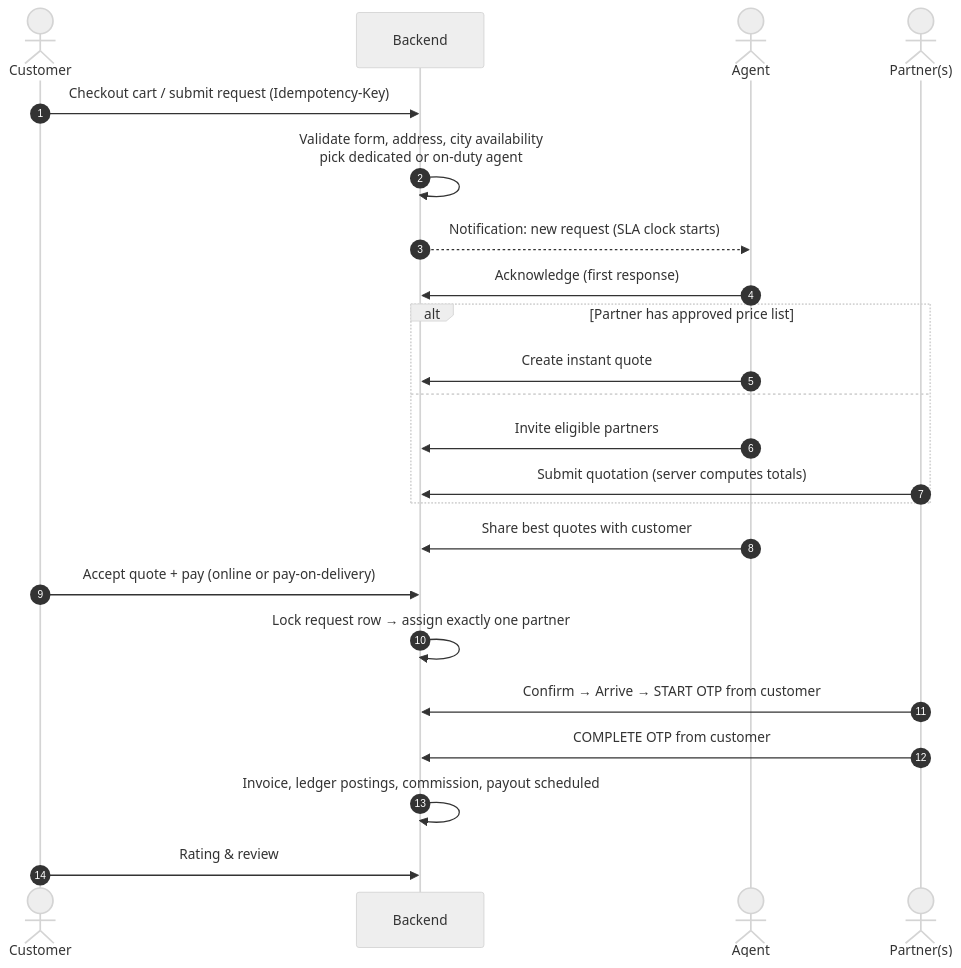
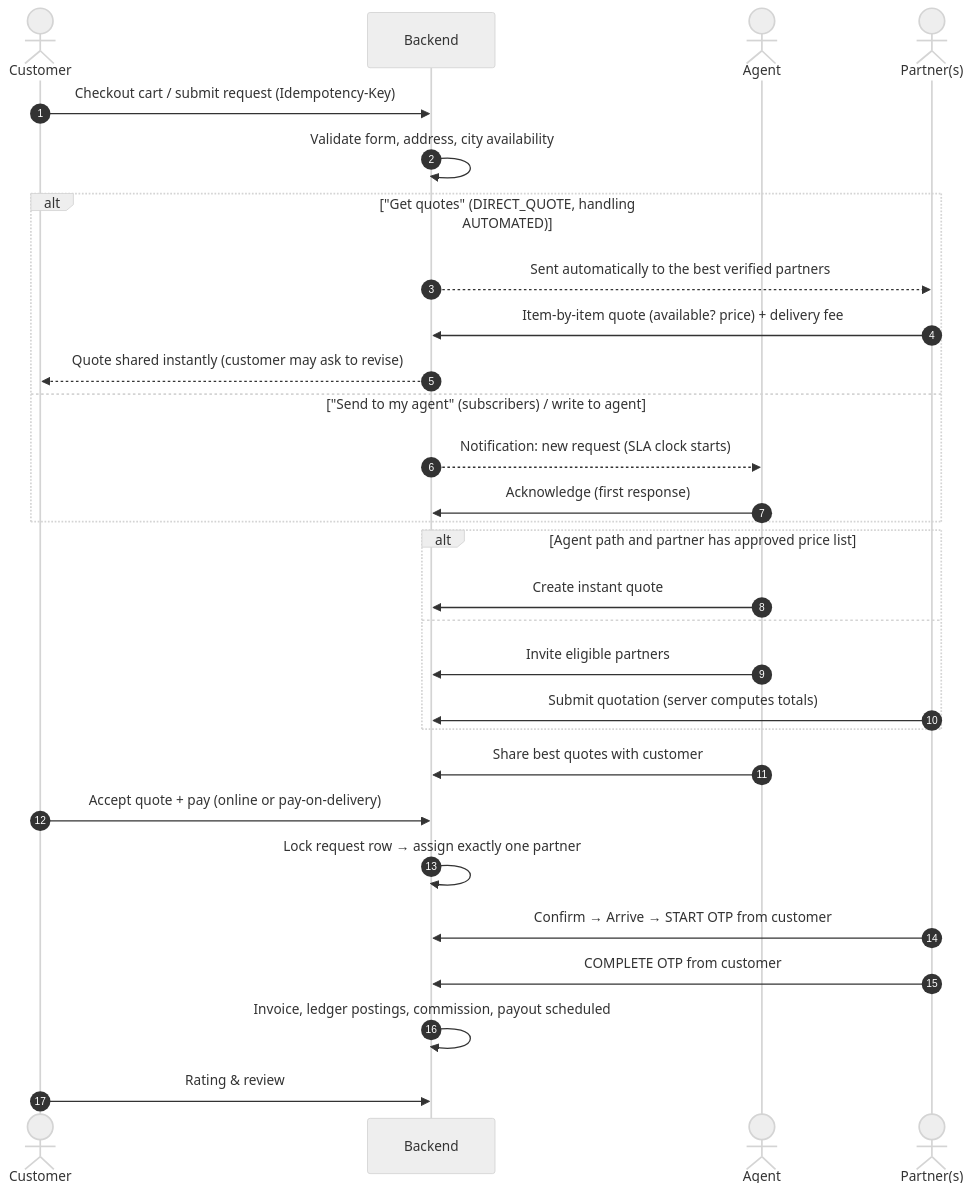
Before and after one commit to weetecnologias/BUZZER: the third of 7 diagrams in docs/architecture.md, drawn with Mermaid (neutral theme). The commit also changed other lines of this file and 29 other files, not shown here.

First line of the commit message:
Add automated "Get quotes" flow and agent inbox highlights

````diff
--- a/docs/architecture.md
+++ b/docs/architecture.md
@@ -92,25 +92,31 @@
 ```mermaid
 sequenceDiagram
     autonumber
     actor C as Customer
     participant API as Backend
     actor A as Agent
     actor P as Partner(s)
     C->>API: Checkout cart / submit request (Idempotency-Key)
-    API->>API: Validate form, address, city availability<br/>pick dedicated or on-duty agent
+    API->>API: Validate form, address, city availability
+    alt "Get quotes" (DIRECT_QUOTE, handling AUTOMATED)
+        API-->>P: Sent automatically to the best verified partners
+        P->>API: Item-by-item quote (available? price) + delivery fee
+        API-->>C: Quote shared instantly (customer may ask to revise)
+    else "Send to my agent" (subscribers) / write to agent
     API-->>A: Notification: new request (SLA clock starts)
     A->>API: Acknowledge (first response)
-    alt Partner has approved price list
+    end
+    alt Agent path and partner has approved price list
         A->>API: Create instant quote
     else
         A->>API: Invite eligible partners
         P->>API: Submit quotation (server computes totals)
     end
     A->>API: Share best quotes with customer
     C->>API: Accept quote + pay (online or pay-on-delivery)
     API->>API: Lock request row → assign exactly one partner
     P->>API: Confirm → Arrive → START OTP from customer
     P->>API: COMPLETE OTP from customer
     API->>API: Invoice, ledger postings, commission, payout scheduled
     C->>API: Rating & review
 ```
````
